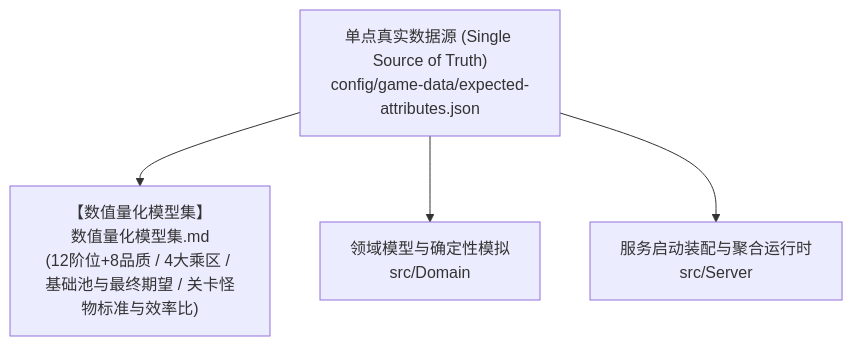
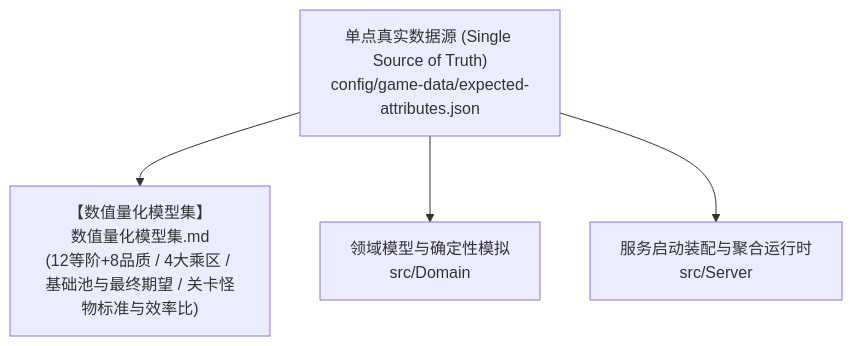
Before and after one commit to fruktoguo/daohua: the diagram in docs/backend/game-data.md, drawn with Mermaid. The commit also changed other lines of this file and 24 other files, not shown here.

````diff
--- a/docs/backend/game-data.md
+++ b/docs/backend/game-data.md
@@ -31,12 +31,12 @@
 ```mermaid
 flowchart TD
     Config["单点真实数据源 (Single Source of Truth)<br>config/game-data/expected-attributes.json"]
     
-    Doc1["【数值量化模型集】<br>数值量化模型集.md<br>(12阶位+8品质 / 4大乘区 / 基础池与最终期望 / 关卡怪物标准与效率比)"]
+    Doc1["【数值量化模型集】<br>数值量化模型集.md<br>(12等阶+8品质 / 4大乘区 / 基础池与最终期望 / 关卡怪物标准与效率比)"]
     
     Domain["领域模型与确定性模拟<br>src/Domain"]
     Server["服务启动装配与聚合运行时<br>src/Server"]
     
     Config --> Doc1
     Config --> Domain & Server
 ```
````
